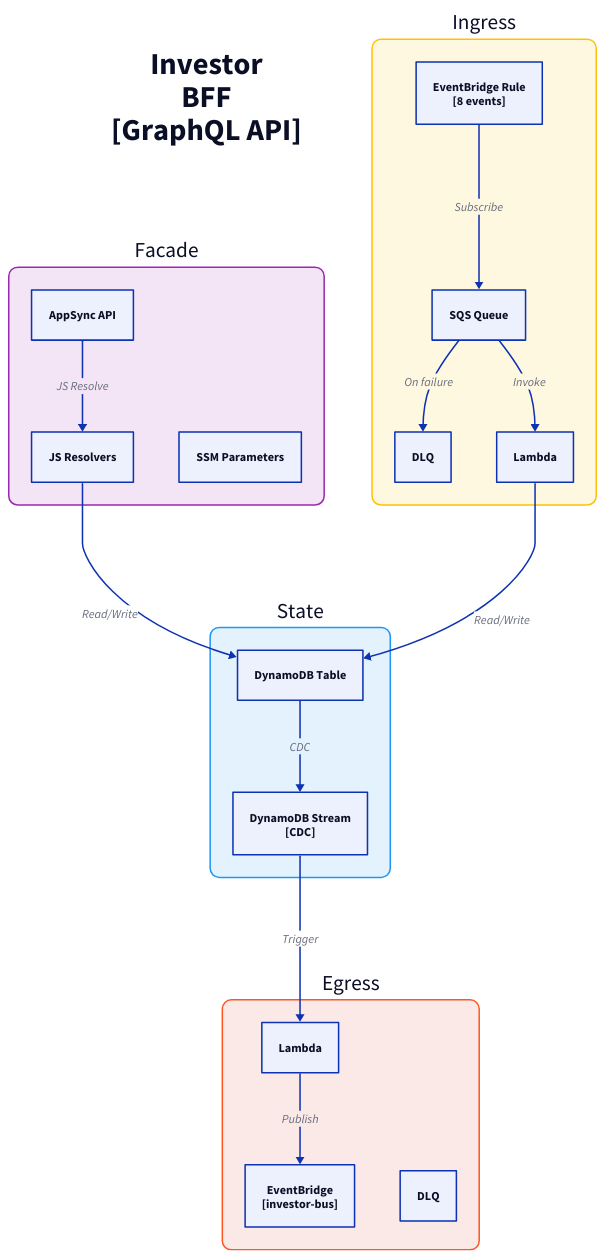
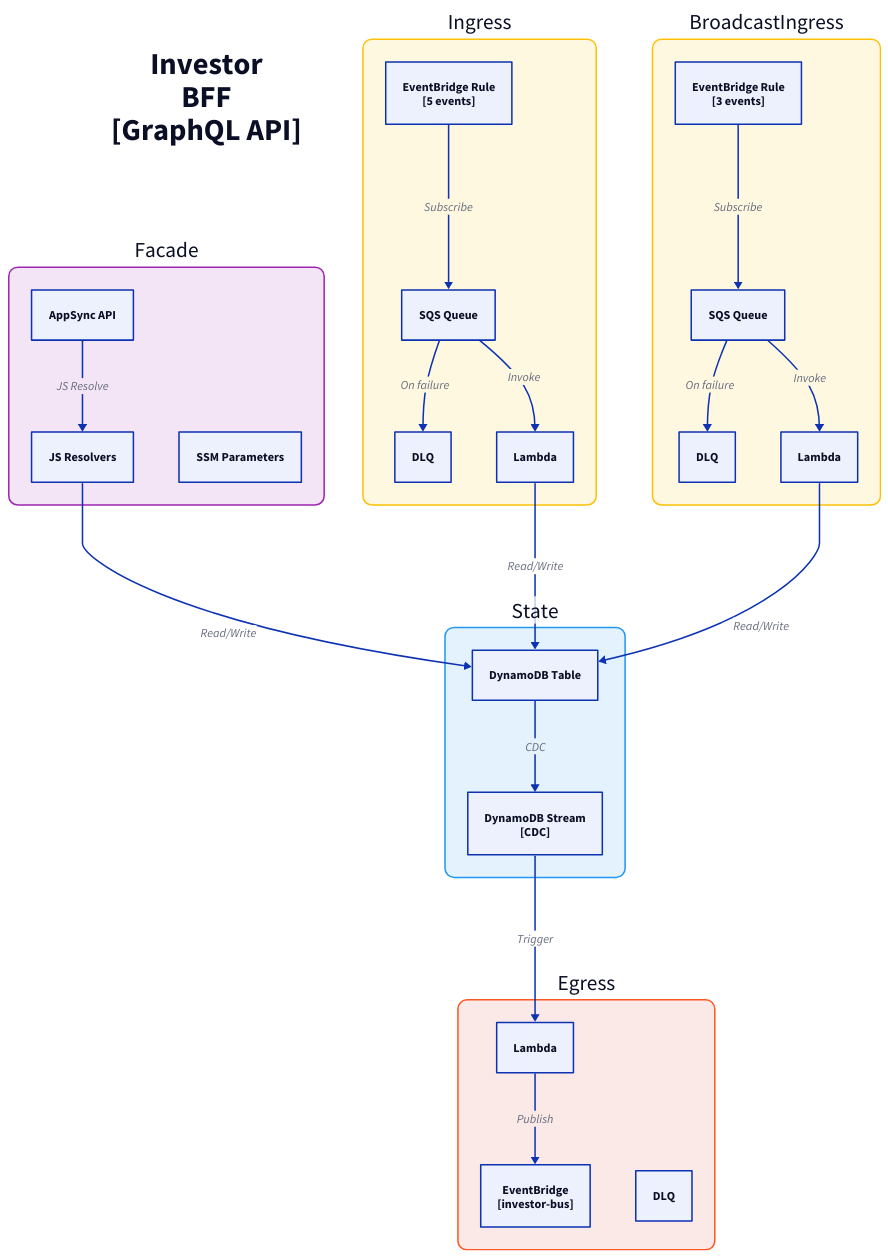
Before and after one commit to fabio-vitali/nestfolio: the diagram in docs/architecture/c3/investor-bff.d2, drawn with D2. The commit also changed 21 other files, not shown here.

First line of the commit message:
docs: regen flow markdown + C4 diagrams for InvestorProfile collapse

```diff
--- a/docs/architecture/c3/investor-bff.d2
+++ b/docs/architecture/c3/investor-bff.d2
@@ -1,46 +1,59 @@
 direction: down
 
 title: "Investor\nBFF\n[GraphQL API]" {
   style: { font-size: 40; bold: true; fill: transparent; stroke: transparent }
 }
 
 facade: "Facade" {
   style: { fill: "#F3E5F5"; stroke: "#9C27B0"; border-radius: 12; font-size: 28 }
   appsync: "AppSync API" { class: aws-appsync }
   resolvers: "JS Resolvers" { class: aws-lambda }
   appsync -> resolvers: JS Resolve
   ssm: "SSM Parameters" { class: aws-ssm }
 }
 
 ingress: "Ingress" {
   style: { fill: "#FFF8E1"; stroke: "#FFC107"; border-radius: 12; font-size: 28 }
-  rule: "EventBridge Rule\n[8 events]" { class: aws-eventbridge }
+  rule: "EventBridge Rule\n[5 events]" { class: aws-eventbridge }
+  sqs: "SQS Queue" { class: aws-sqs }
+  dlq: "DLQ" { class: aws-dlq }
+  handler: "Lambda" { class: aws-lambda }
+
+  rule -> sqs: Subscribe
+  sqs -> handler: Invoke
+  sqs -> dlq: On failure
+}
+
+broadcast-ingress: "BroadcastIngress" {
+  style: { fill: "#FFF8E1"; stroke: "#FFC107"; border-radius: 12; font-size: 28 }
+  rule: "EventBridge Rule\n[3 events]" { class: aws-eventbridge }
   sqs: "SQS Queue" { class: aws-sqs }
   dlq: "DLQ" { class: aws-dlq }
   handler: "Lambda" { class: aws-lambda }
 
   rule -> sqs: Subscribe
   sqs -> handler: Invoke
   sqs -> dlq: On failure
 }
 
 state: "State" {
   style: { fill: "#E3F2FD"; stroke: "#2196F3"; border-radius: 12; font-size: 28 }
   table: "DynamoDB Table" { class: aws-dynamodb }
   stream: "DynamoDB Stream\n[CDC]" { class: aws-ddb-stream }
   table -> stream: CDC
 }
 
 egress: "Egress" {
   style: { fill: "#FBE9E7"; stroke: "#FF5722"; border-radius: 12; font-size: 28 }
   processor: "Lambda" { class: aws-lambda }
   bus: "EventBridge\n[investor-bus]" { class: aws-eventbridge }
   dlq: "DLQ" { class: aws-dlq }
 
   processor -> bus: Publish
 }
 
 # Flows
 facade.resolvers -> state.table: Read/Write
 ingress.handler -> state.table: Read/Write
+broadcast-ingress.handler -> state.table: Read/Write
 state.stream -> egress.processor: Trigger
```
